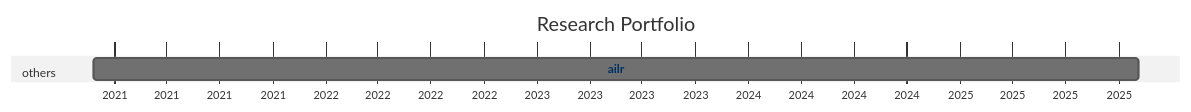
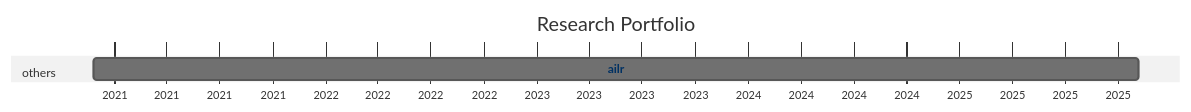
Before and after one commit to digital-work-lab/handbook: the diagram in docs/20-research/25-projects-gantt.md, drawn with Mermaid (neutral theme).

Commit message:
Update repository overview

````diff
--- a/docs/20-research/25-projects-gantt.md
+++ b/docs/20-research/25-projects-gantt.md
@@ -8,21 +8,21 @@
 ```mermaid
 ---
 displayMode: compact
 ---
 gantt
 title Research Portfolio
 dateFormat YYYY-MM-DD
 axisFormat %Y
 
     section work_practices
 
     section distributed_organizing
 
     section knowledge_synthesis
 
     section others
-        ailr :ailr, 2020-11-26, 2025-11-05
+        ailr :ailr, 2020-11-26, 2025-11-06
 
 
     click ailr href "{{ site.baseurl }}/docs/10-lab/18-resources/ailr.html"
 ```
````
